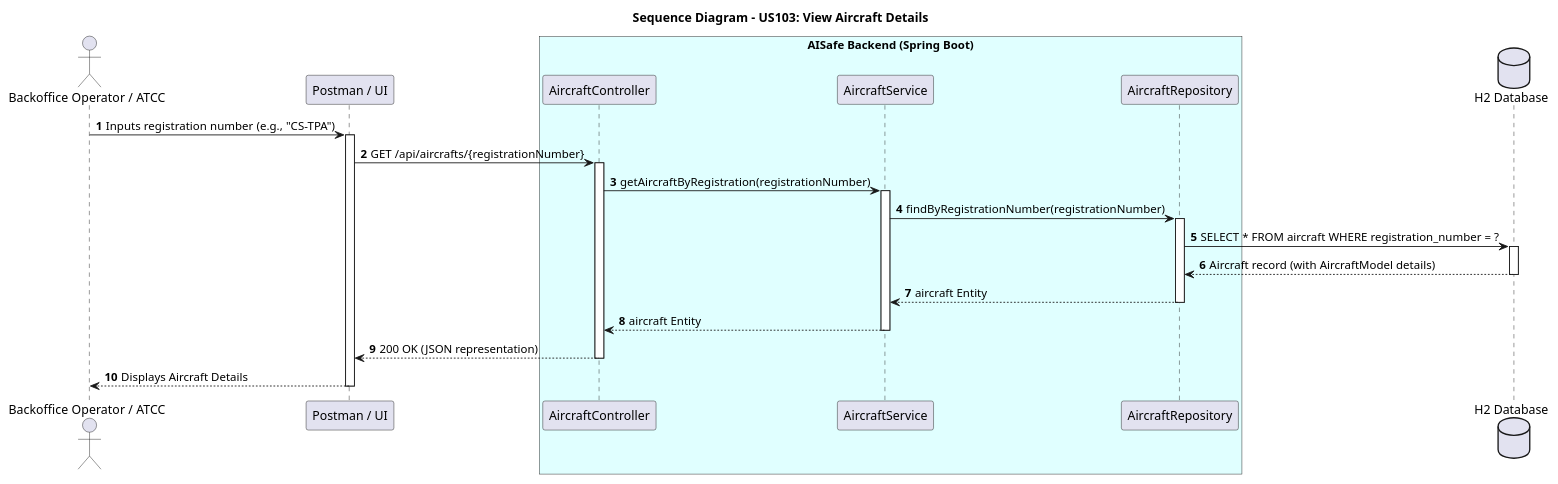
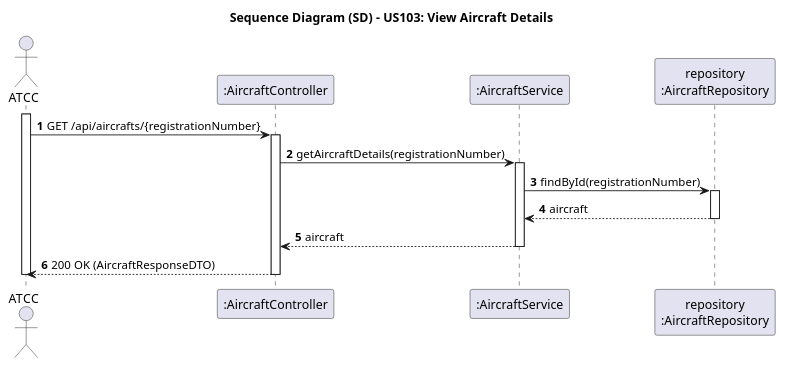
One commit to Andre-1240567/psoft2026_2DB_1240567_1241013_1240624 changed the diagram in docs/use-cases/WP#1A/US103/puml/US103-SD.puml. Above: the diagram before and after it, drawn with PlantUML. The commit also changed 21 other files, not shown here.

```diff
--- a/docs/use-cases/WP#1A/US103/puml/US103-SD.puml
+++ b/docs/use-cases/WP#1A/US103/puml/US103-SD.puml
@@ -1,43 +1,28 @@
-@startuml SD_US103
+@startuml US103-SD
 autonumber
-title Sequence Diagram - US103: View Aircraft Details
+title Sequence Diagram (SD) - US103: View Aircraft Details
 
-actor "Backoffice Operator / ATCC" as Actor
-participant "Postman / UI" as UI
-box "AISafe Backend (Spring Boot)" #LightCyan
-participant "AircraftController" as Ctrl
-participant "AircraftService" as Service
-participant "AircraftRepository" as Repo
-end box
-database "H2 Database" as DB
+actor "ATCC" as ATCC
+participant ":AircraftController" as Ctrl
+participant ":AircraftService" as Service
+participant "repository\n:AircraftRepository" as Repo
 
-Actor -> UI: Inputs registration number (e.g., "CS-TPA")
-activate UI
-
-UI -> Ctrl: GET /api/aircrafts/{registrationNumber}
+activate ATCC
+ATCC -> Ctrl: GET /api/aircrafts/{registrationNumber}
 activate Ctrl
 
-Ctrl -> Service: getAircraftByRegistration(registrationNumber)
+Ctrl -> Service: getAircraftDetails(registrationNumber)
 activate Service
 
-Service -> Repo: findByRegistrationNumber(registrationNumber)
+Service -> Repo: findById(registrationNumber)
 activate Repo
-
-Repo -> DB: SELECT * FROM aircraft WHERE registration_number = ?
-activate DB
-DB --> Repo: Aircraft record (with AircraftModel details)
-deactivate DB
-
-Repo --> Service: aircraft Entity
+Repo --> Service: aircraft
 deactivate Repo
 
-Service --> Ctrl: aircraft Entity
+Service --> Ctrl: aircraft
 deactivate Service
 
-Ctrl --> UI: 200 OK (JSON representation)
+Ctrl --> ATCC: 200 OK (AircraftResponseDTO)
 deactivate Ctrl
-
-UI --> Actor: Displays Aircraft Details
-deactivate UI
-
+deactivate ATCC
 @enduml
```
